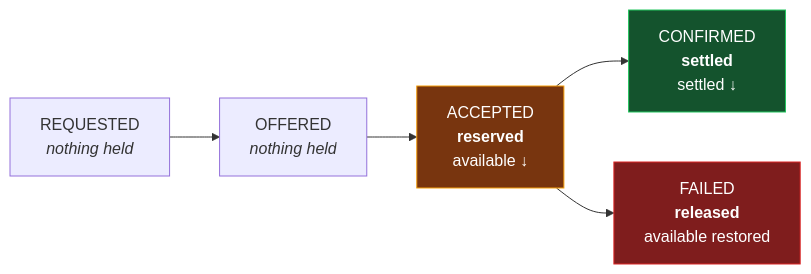
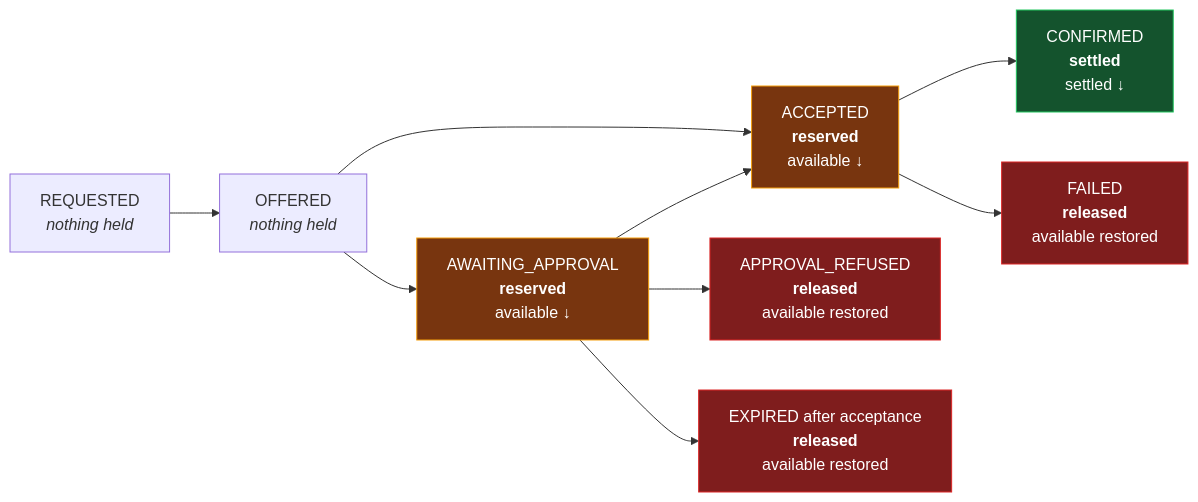
Before and after one commit to lukastosic-ifd/peakpowerspecs: the fourth of 6 diagrams in specs/40-processes/01-trade-lifecycle.md, drawn with Mermaid. The commit also changed other lines of this file and 43 other files, not shown here.

````diff
--- a/specs/40-processes/01-trade-lifecycle.md
+++ b/specs/40-processes/01-trade-lifecycle.md
@@ -124,16 +154,27 @@
 ```mermaid
 flowchart LR
     S1["REQUESTED<br/><i>nothing held</i>"]
     S2["OFFERED<br/><i>nothing held</i>"]
+    S6["AWAITING_APPROVAL<br/><b>reserved</b><br/>available ↓"]
     S3["ACCEPTED<br/><b>reserved</b><br/>available ↓"]
     S4["CONFIRMED<br/><b>settled</b><br/>settled ↓"]
     S5["FAILED<br/><b>released</b><br/>available restored"]
+    S7["APPROVAL_REFUSED<br/><b>released</b><br/>available restored"]
+    S8["EXPIRED after acceptance<br/><b>released</b><br/>available restored"]
 
-    S1 --> S2 --> S3
+    S1 --> S2
+    S2 --> S3
+    S2 --> S6
+    S6 --> S3
+    S6 --> S7
+    S6 --> S8
     S3 --> S4
     S3 --> S5
 
+    style S6 fill:#78350f,stroke:#f59e0b,color:#fff
     style S3 fill:#78350f,stroke:#f59e0b,color:#fff
     style S4 fill:#14532d,stroke:#22c55e,color:#fff
     style S5 fill:#7f1d1d,stroke:#dc2626,color:#fff
+    style S7 fill:#7f1d1d,stroke:#dc2626,color:#fff
+    style S8 fill:#7f1d1d,stroke:#dc2626,color:#fff
 ```
````
